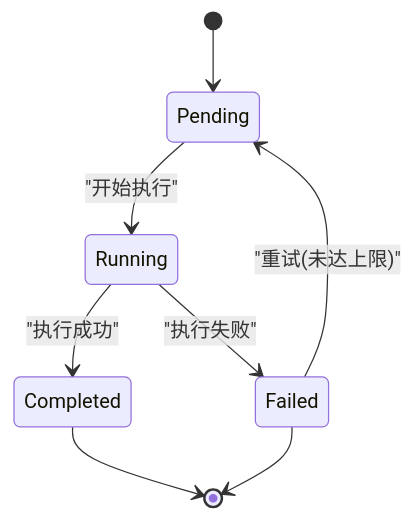
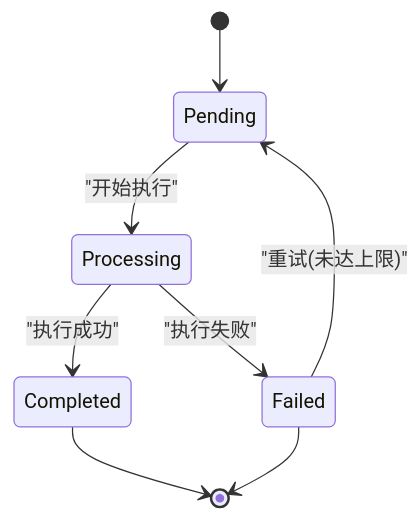
One commit to anYaoooo/daily_stock_analysis changed the sixth of 9 diagrams in .qoder/repowiki/zh/content/API参考文档/回测系统API.md. Above: the diagram before and after it, drawn with Mermaid. The commit also changed other lines of this file and 148 other files, not shown here.

````diff
--- a/.qoder/repowiki/zh/content/API参考文档/回测系统API.md
+++ b/.qoder/repowiki/zh/content/API参考文档/回测系统API.md
@@ -290,10 +370,10 @@
 ```mermaid
 stateDiagram-v2
 [*] --> Pending
-Pending --> Running : "开始执行"
-Running --> Completed : "执行成功"
-Running --> Failed : "执行失败"
+Pending --> Processing : "开始执行"
+Processing --> Completed : "执行成功"
+Processing --> Failed : "执行失败"
 Failed --> Pending : "重试(未达上限)"
 Completed --> [*]
 Failed --> [*]
 ```
````
